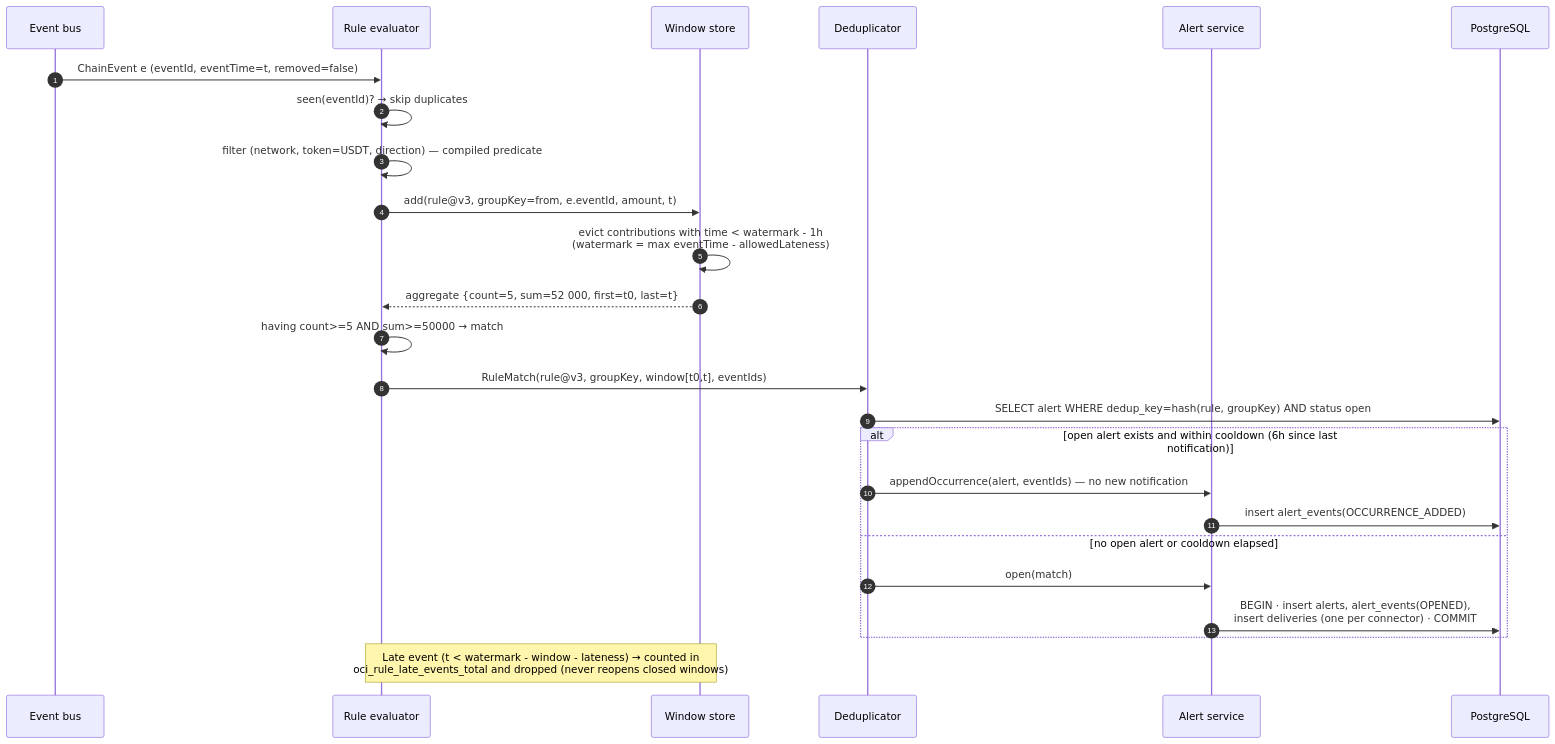
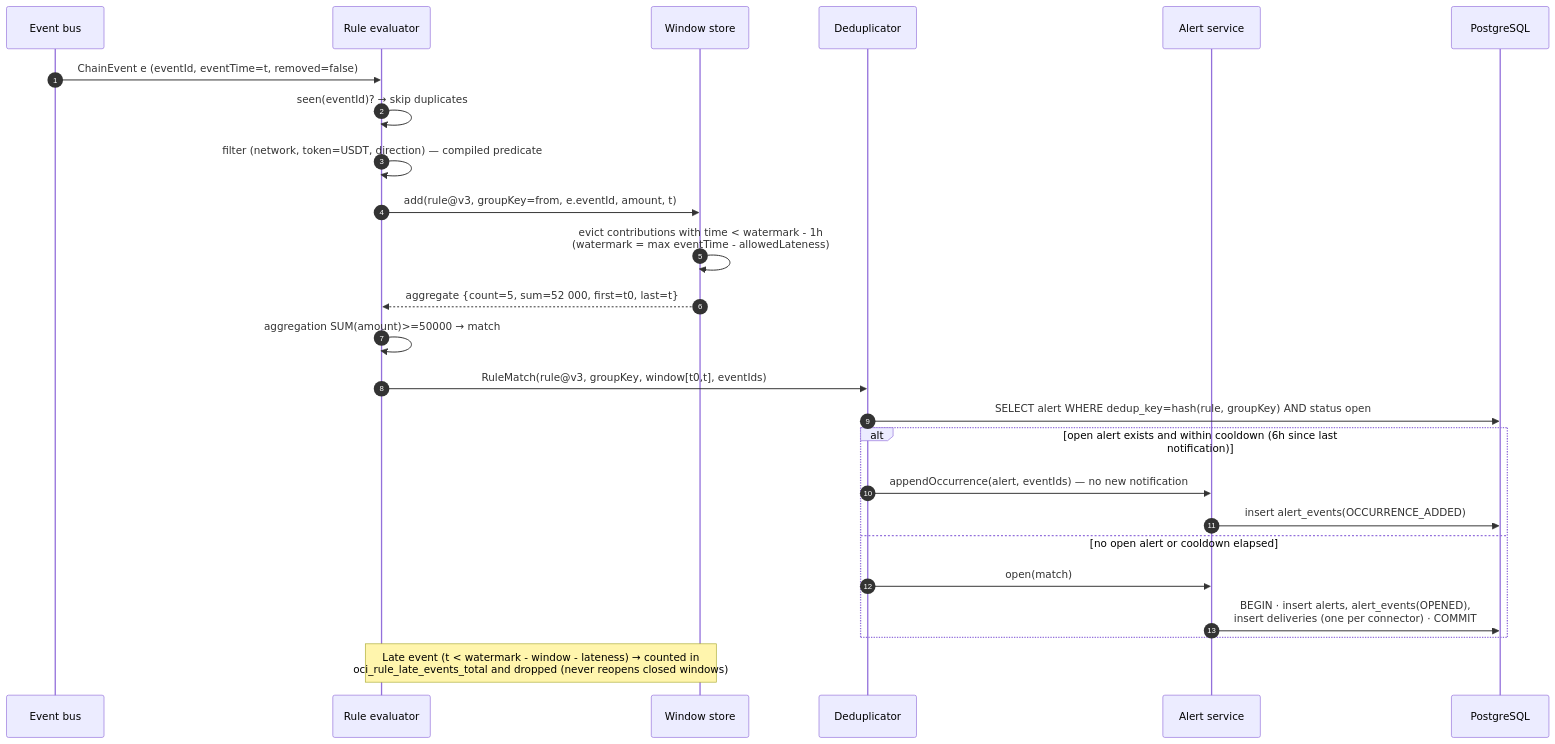
Before and after one commit to alertmanager12-blip/openchain-intelligence: the second of 5 diagrams in docs/architecture/sequences.md, drawn with Mermaid. The commit also changed 59 other files, not shown here.

````diff
--- a/docs/architecture/sequences.md
+++ b/docs/architecture/sequences.md
@@ -50,28 +50,28 @@
 ```mermaid
 sequenceDiagram
   autonumber
   participant B as Event bus
   participant E as Rule evaluator
   participant W as Window store
   participant D as Deduplicator
   participant A as Alert service
   participant DB as PostgreSQL
 
   B->>E: ChainEvent e (eventId, eventTime=t, removed=false)
   E->>E: seen(eventId)? → skip duplicates
   E->>E: filter (network, token=USDT, direction) — compiled predicate
   E->>W: add(rule@v3, groupKey=from, e.eventId, amount, t)
   W->>W: evict contributions with time < watermark - 1h<br/>(watermark = max eventTime - allowedLateness)
   W-->>E: aggregate {count=5, sum=52 000, first=t0, last=t}
-  E->>E: having count>=5 AND sum>=50000 → match
+  E->>E: aggregation SUM(amount)>=50000 → match
   E->>D: RuleMatch(rule@v3, groupKey, window[t0,t], eventIds)
   D->>DB: SELECT alert WHERE dedup_key=hash(rule, groupKey) AND status open
   alt open alert exists and within cooldown (6h since last notification)
     D->>A: appendOccurrence(alert, eventIds) — no new notification
     A->>DB: insert alert_events(OCCURRENCE_ADDED)
   else no open alert or cooldown elapsed
     D->>A: open(match)
     A->>DB: BEGIN · insert alerts, alert_events(OPENED),<br/>insert deliveries (one per connector) · COMMIT
   end
   Note over E,W: Late event (t < watermark - window - lateness) → counted in<br/>oci_rule_late_events_total and dropped (never reopens closed windows)
 ```
````
